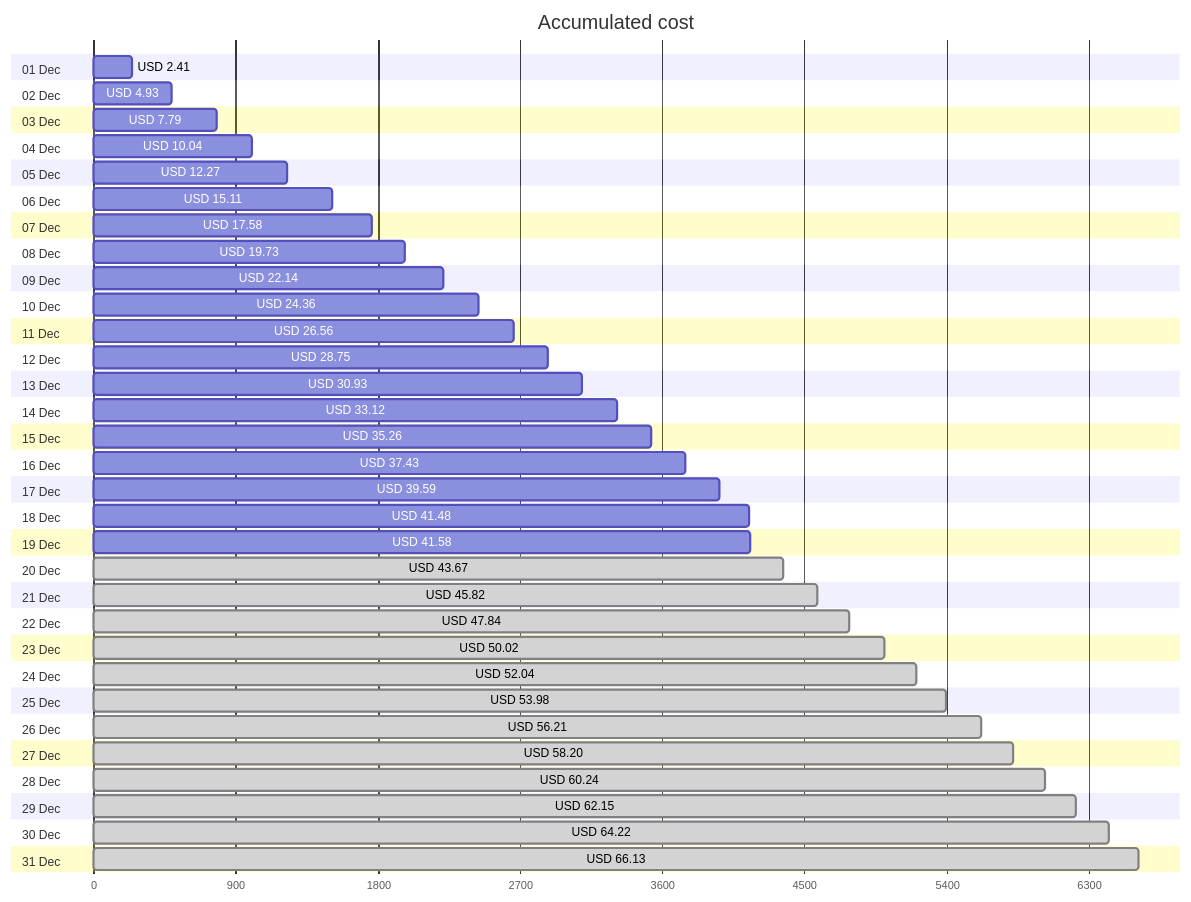
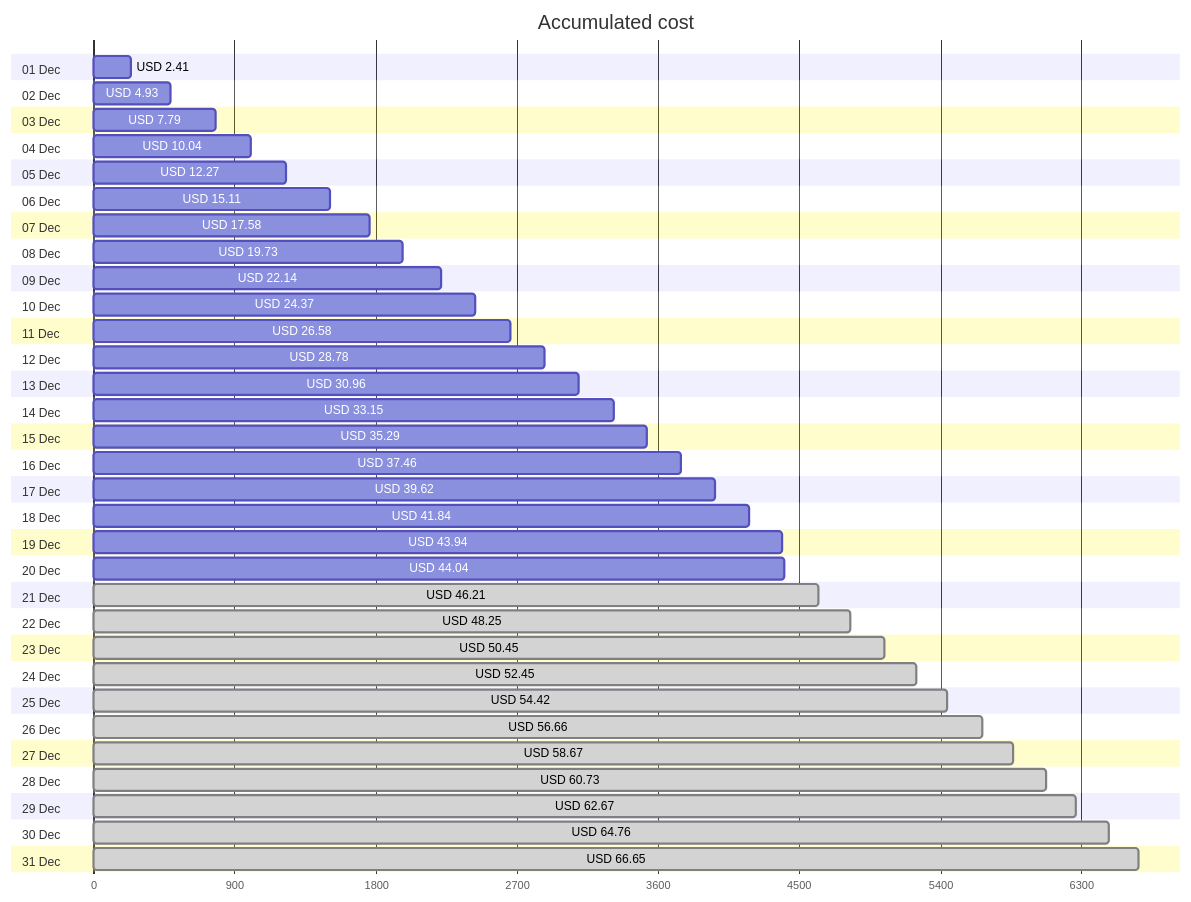
Before and after one commit to jpfulton/azure-personal-reports: the first of 4 diagrams in cost-reports/accumulated-cost.md, drawn with Mermaid. The commit also changed other lines of this file and 4 other files, not shown here.

````diff
--- a/cost-reports/accumulated-cost.md
+++ b/cost-reports/accumulated-cost.md
@@ -20,68 +20,68 @@
 ```mermaid
 gantt
    title Accumulated cost
    dateFormat  X
    axisFormat %s
    section 01 Dec
    USD 2.41 :0, 241
    section 02 Dec
    USD 4.93 :0, 493
    section 03 Dec
    USD 7.79 :0, 779
    section 04 Dec
    USD 10.04 :0, 1004
    section 05 Dec
    USD 12.27 :0, 1227
    section 06 Dec
    USD 15.11 :0, 1511
    section 07 Dec
    USD 17.58 :0, 1758
    section 08 Dec
    USD 19.73 :0, 1973
    section 09 Dec
    USD 22.14 :0, 2214
    section 10 Dec
-   USD 24.36 :0, 2436
+   USD 24.37 :0, 2437
    section 11 Dec
-   USD 26.56 :0, 2656
+   USD 26.58 :0, 2658
    section 12 Dec
-   USD 28.75 :0, 2875
+   USD 28.78 :0, 2878
    section 13 Dec
-   USD 30.93 :0, 3093
+   USD 30.96 :0, 3096
    section 14 Dec
-   USD 33.12 :0, 3312
+   USD 33.15 :0, 3315
    section 15 Dec
-   USD 35.26 :0, 3526
+   USD 35.29 :0, 3529
    section 16 Dec
-   USD 37.43 :0, 3743
+   USD 37.46 :0, 3746
    section 17 Dec
-   USD 39.59 :0, 3959
+   USD 39.62 :0, 3962
    section 18 Dec
-   USD 41.48 :0, 4148
+   USD 41.84 :0, 4184
    section 19 Dec
-   USD 41.58 :0, 4158
+   USD 43.94 :0, 4394
    section 20 Dec
-   USD 43.67 : done, 0, 4367
+   USD 44.04 :0, 4404
    section 21 Dec
-   USD 45.82 : done, 0, 4582
+   USD 46.21 : done, 0, 4621
    section 22 Dec
-   USD 47.84 : done, 0, 4784
+   USD 48.25 : done, 0, 4825
    section 23 Dec
-   USD 50.02 : done, 0, 5002
+   USD 50.45 : done, 0, 5045
    section 24 Dec
-   USD 52.04 : done, 0, 5204
+   USD 52.45 : done, 0, 5245
    section 25 Dec
-   USD 53.98 : done, 0, 5398
+   USD 54.42 : done, 0, 5442
    section 26 Dec
-   USD 56.21 : done, 0, 5621
+   USD 56.66 : done, 0, 5666
    section 27 Dec
-   USD 58.20 : done, 0, 5820
+   USD 58.67 : done, 0, 5867
    section 28 Dec
-   USD 60.24 : done, 0, 6024
+   USD 60.73 : done, 0, 6073
    section 29 Dec
-   USD 62.15 : done, 0, 6215
+   USD 62.67 : done, 0, 6267
    section 30 Dec
-   USD 64.22 : done, 0, 6422
+   USD 64.76 : done, 0, 6476
    section 31 Dec
-   USD 66.13 : done, 0, 6613
+   USD 66.65 : done, 0, 6665
 ```
````
